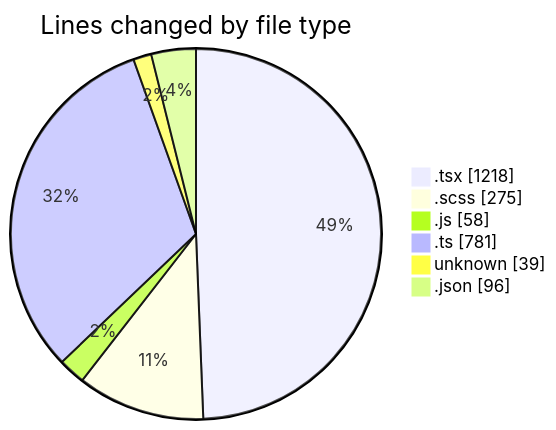
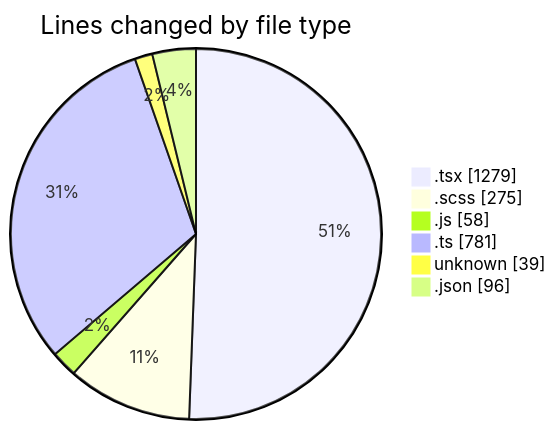
One commit to momahboobian/code-tracking changed the first of 2 diagrams in 2025-05-02/cda/README.md. Above: the diagram before and after it, drawn with Mermaid. The commit also changed other lines of this file and 1 other file, not shown here.

````diff
--- a/2025-05-02/cda/README.md
+++ b/2025-05-02/cda/README.md
@@ -34,10 +35,10 @@
 ```mermaid
 pie showData
 title Lines changed by file type
-".tsx" : 1218
+".tsx" : 1279
 ".scss" : 275
 ".js" : 58
 ".ts" : 781
 "unknown" : 39
 ".json" : 96
 ```
````
